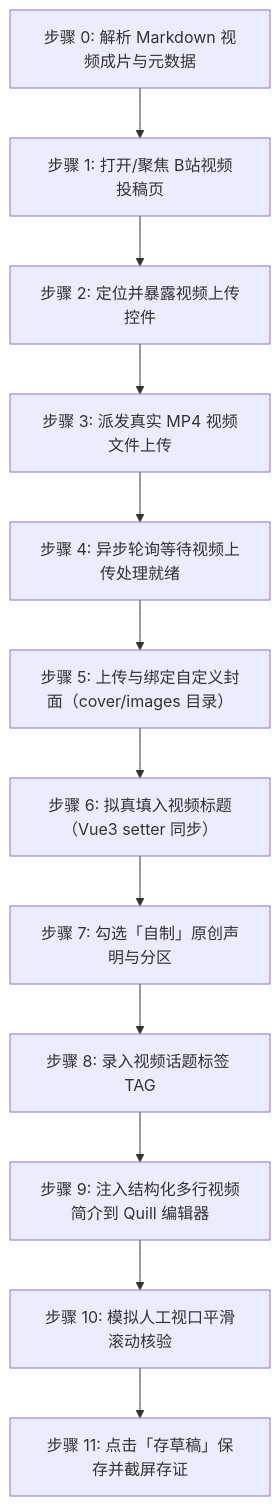
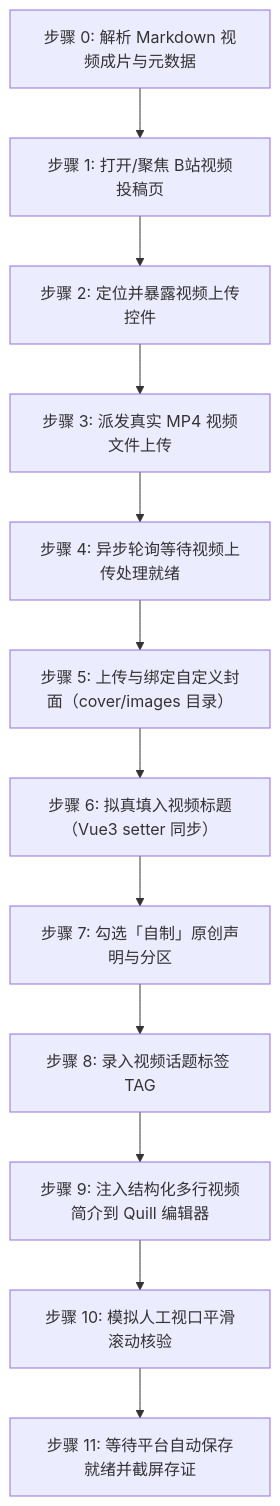
Before and after one commit to undsky/doudou-publish-skills: the second of 2 diagrams in skills/doudou-bilibili/SKILL.md, drawn with Mermaid. The commit also changed other lines of this file and 24 other files, not shown here.

````diff
--- a/skills/doudou-bilibili/SKILL.md
+++ b/skills/doudou-bilibili/SKILL.md
@@ -167,14 +166,14 @@
 ```mermaid
 flowchart TD
     V0[步骤 0: 解析 Markdown 视频成片与元数据] --> V1[步骤 1: 打开/聚焦 B站视频投稿页]
     V1 --> V2[步骤 2: 定位并暴露视频上传控件]
     V2 --> V3[步骤 3: 派发真实 MP4 视频文件上传]
     V3 --> V4[步骤 4: 异步轮询等待视频上传处理就绪]
     V4 --> V5[步骤 5: 上传与绑定自定义封面（cover/images 目录）]
     V5 --> V6[步骤 6: 拟真填入视频标题（Vue3 setter 同步）]
     V6 --> V7[步骤 7: 勾选「自制」原创声明与分区]
     V7 --> V8[步骤 8: 录入视频话题标签 TAG]
     V8 --> V9[步骤 9: 注入结构化多行视频简介到 Quill 编辑器]
     V9 --> V10[步骤 10: 模拟人工视口平滑滚动核验]
-    V10 --> V11[步骤 11: 点击「存草稿」保存并截屏存证]
+    V10 --> V11[步骤 11: 等待平台自动保存就绪并截屏存证]
 ```
````
